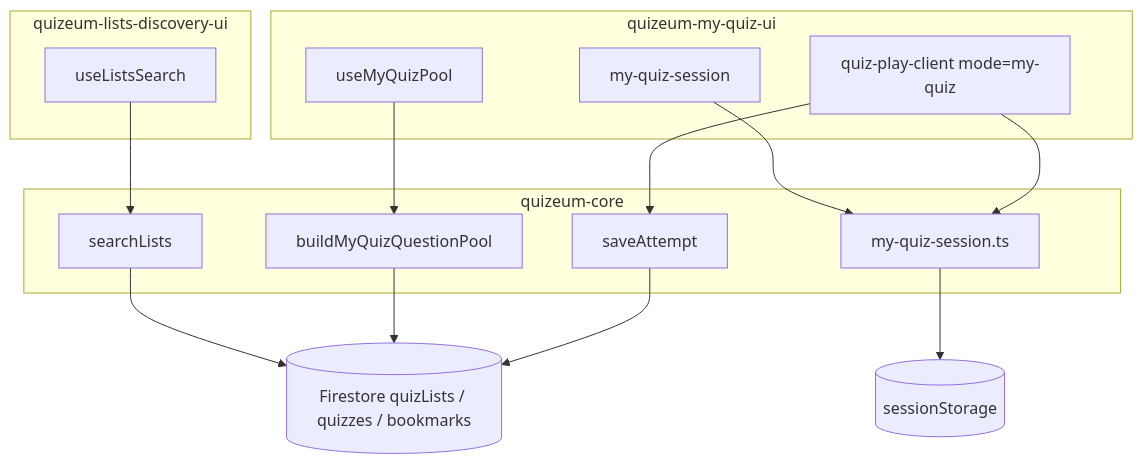
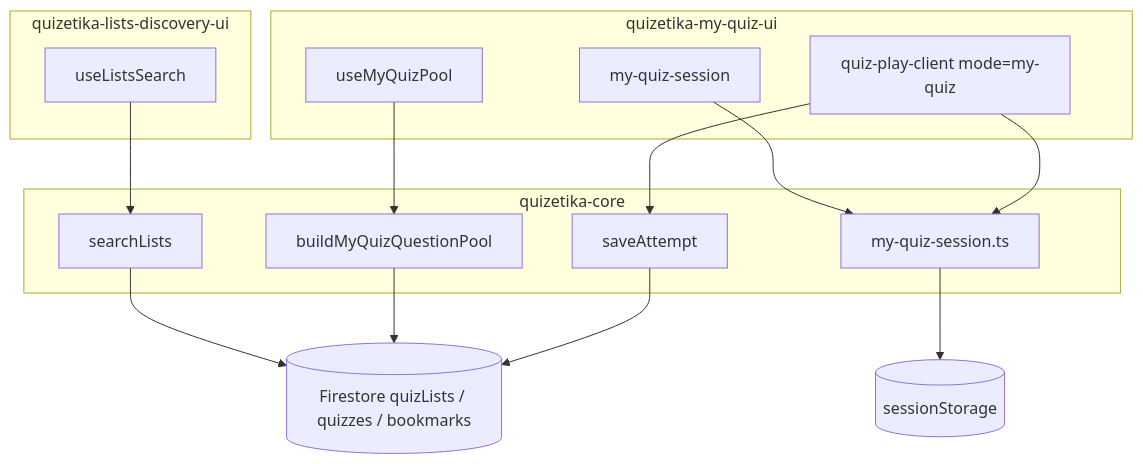
Diagram 22 of 26 in .kiro/specs/quizeum-core/design.md (npressoworks/quizetika), drawn with Mermaid before and after one commit. The commit also changed other lines of this file and 207 other files, not shown here.

````diff
--- a/.kiro/specs/quizeum-core/design.md
+++ b/.kiro/specs/quizeum-core/design.md
@@ -2826,28 +2826,28 @@
 ```mermaid
 flowchart TB
-  subgraph ListsDiscovery["quizeum-lists-discovery-ui"]
+  subgraph ListsDiscovery["quizetika-lists-discovery-ui"]
     ULS[useListsSearch]
   end
-  subgraph MyQuizUI["quizeum-my-quiz-ui"]
+  subgraph MyQuizUI["quizetika-my-quiz-ui"]
     UMP[useMyQuizPool]
     MQS[my-quiz-session]
     QPC[quiz-play-client mode=my-quiz]
   end
-  subgraph Core["quizeum-core"]
+  subgraph Core["quizetika-core"]
     SL[searchLists]
     POOL[buildMyQuizQuestionPool]
     SESS[my-quiz-session.ts]
     SA[saveAttempt]
   end
   FS[(Firestore quizLists / quizzes / bookmarks)]
   SS[(sessionStorage)]
   ULS --> SL
   SL --> FS
   UMP --> POOL
   POOL --> FS
   MQS --> SESS
   SESS --> SS
   QPC --> SESS
   QPC --> SA
   SA --> FS
 ```
````
